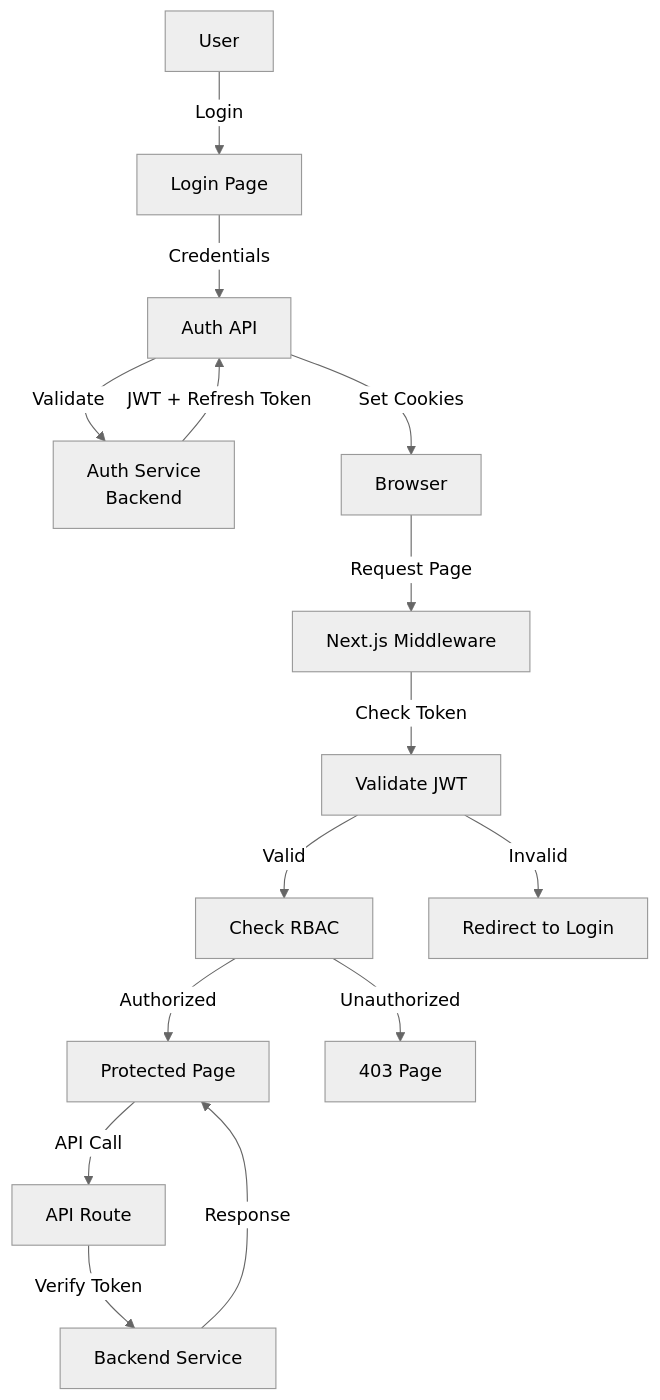
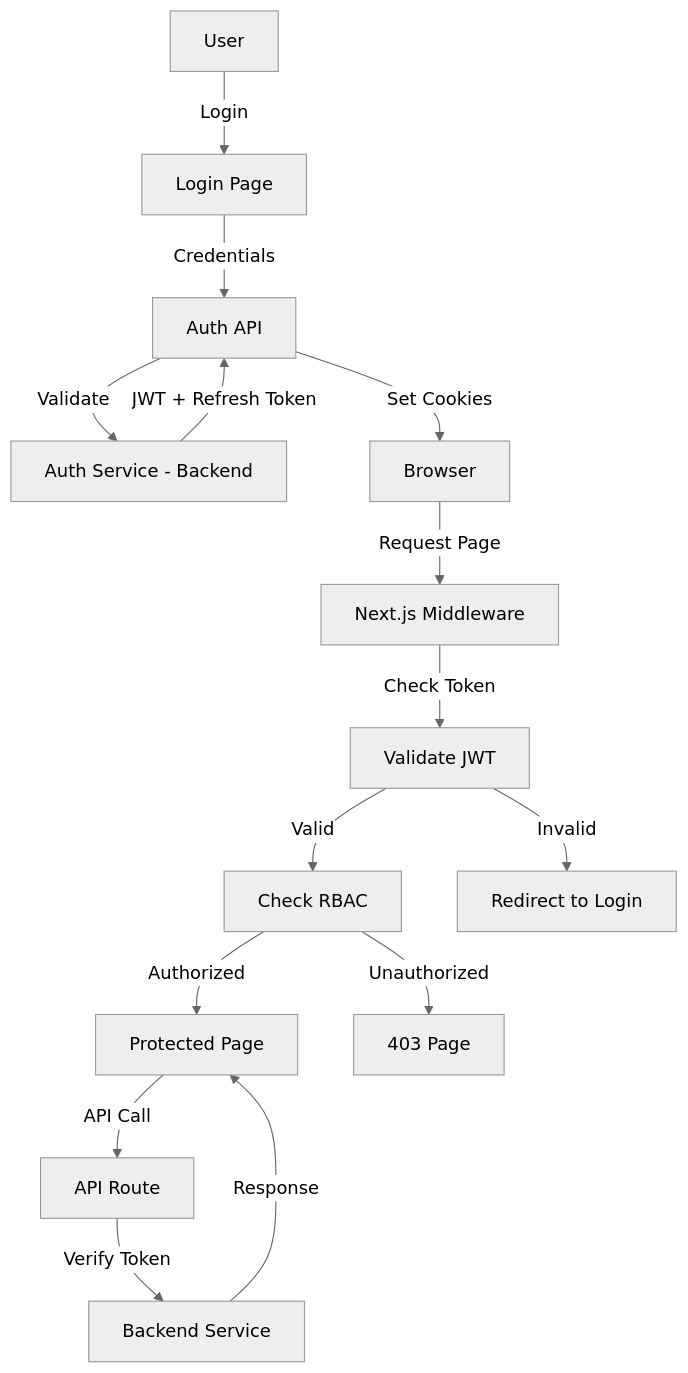
One commit to Azure-Samples/holiday-peak-hub changed the diagram in docs/architecture/adrs/adr-019-authentication-rbac.md. Above: the diagram before and after it, drawn with Mermaid (neutral theme). The commit also changed 2 other files, not shown here.

Commit message:
docs: fix <br/> in flowchart node labels for GitHub Mermaid rendering

````diff
--- a/docs/architecture/adrs/adr-019-authentication-rbac.md
+++ b/docs/architecture/adrs/adr-019-authentication-rbac.md
@@ -52,19 +52,19 @@
 ```mermaid
 graph TB
     User[User] -->|Login| LoginPage[Login Page]
     LoginPage -->|Credentials| AuthAPI[Auth API]
-    AuthAPI -->|Validate| AuthService[Auth Service<br/>Backend]
+    AuthAPI -->|Validate| AuthService[Auth Service - Backend]
     AuthService -->|JWT + Refresh Token| AuthAPI
     AuthAPI -->|Set Cookies| Browser[Browser]
     
     Browser -->|Request Page| Middleware[Next.js Middleware]
     Middleware -->|Check Token| Validate[Validate JWT]
     Validate -->|Valid| CheckRole[Check RBAC]
     CheckRole -->|Authorized| Page[Protected Page]
     CheckRole -->|Unauthorized| AccessDenied[403 Page]
     Validate -->|Invalid| LoginRedirect[Redirect to Login]
     
     Page -->|API Call| APIRoute[API Route]
     APIRoute -->|Verify Token| Backend[Backend Service]
     Backend -->|Response| Page
 ```
````
